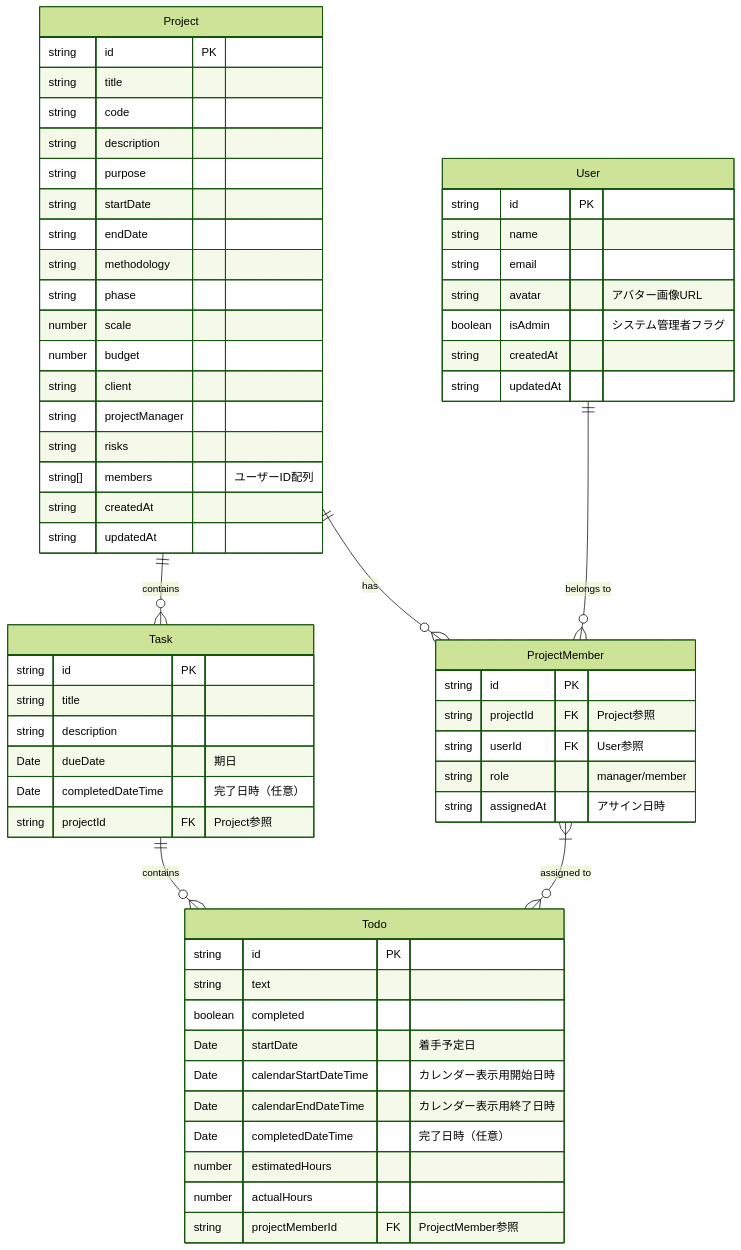
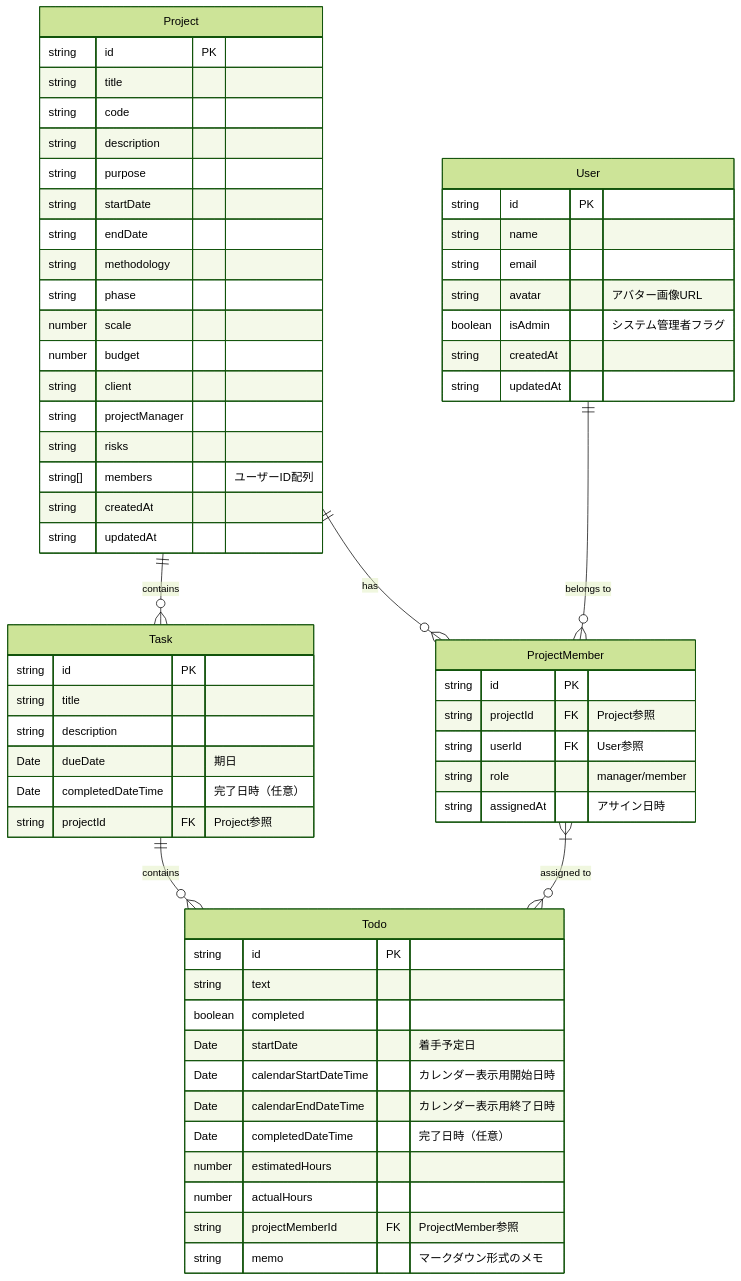
One commit to whiten-admin/play-ground1 changed the diagram in docs/data-model.md. Above: the diagram before and after it, drawn with Mermaid (forest theme). The commit also changed other lines of this file and 2 other files, not shown here.

````diff
--- a/docs/data-model.md
+++ b/docs/data-model.md
@@ -7,68 +7,69 @@
 ```mermaid
 erDiagram
     Project ||--o{ Task : "contains"
     Task ||--o{ Todo : "contains"
     ProjectMember }|--o{ Todo : "assigned to"
     Project ||--o{ ProjectMember : "has"
     User ||--o{ ProjectMember : "belongs to"
 
     Project {
         string id PK
         string title
         string code
         string description
         string purpose
         string startDate
         string endDate
         string methodology
         string phase
         number scale
         number budget
         string client
         string projectManager
         string risks
         string[] members "ユーザーID配列"
         string createdAt
         string updatedAt
     }
 
     Task {
         string id PK
         string title
         string description
         Date dueDate "期日"
         Date completedDateTime "完了日時（任意）"
         string projectId FK "Project参照"
     }
 
     Todo {
         string id PK
         string text
         boolean completed
         Date startDate "着手予定日"
         Date calendarStartDateTime "カレンダー表示用開始日時"
         Date calendarEndDateTime "カレンダー表示用終了日時"
         Date completedDateTime "完了日時（任意）"
         number estimatedHours
         number actualHours
         string projectMemberId FK "ProjectMember参照"
+        string memo "マークダウン形式のメモ"
     }
 
     User {
         string id PK
         string name
         string email
         string avatar "アバター画像URL"
         boolean isAdmin "システム管理者フラグ"
         string createdAt
         string updatedAt
     }
-    
+
     ProjectMember {
         string id PK
         string projectId FK "Project参照"
         string userId FK "User参照"
         string role "manager/member"
         string assignedAt "アサイン日時"
     }
 ```
````
